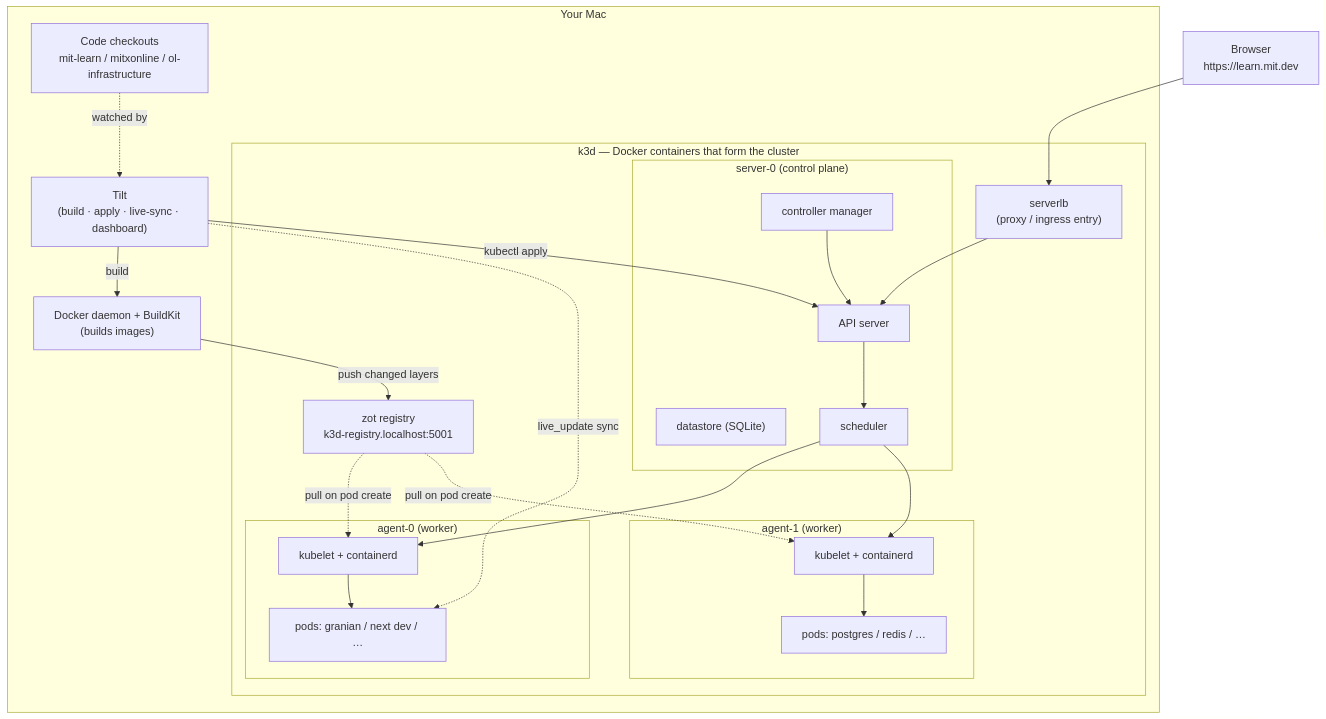
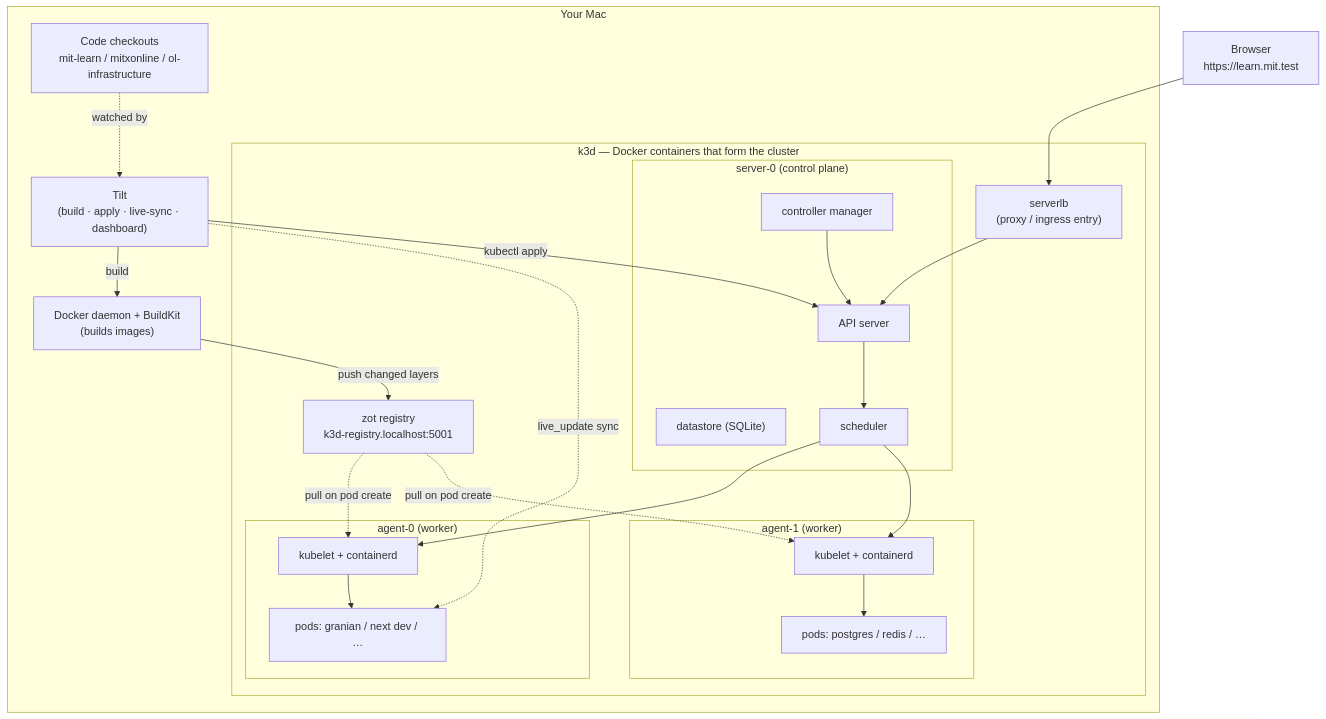
One commit to mitodl/ol-infrastructure changed the first of 3 diagrams in local-dev/ARCHITECTURE.md. Above: the diagram before and after it, drawn with Mermaid. The commit also changed other lines of this file and 39 other files, not shown here.

````diff
--- a/local-dev/ARCHITECTURE.md
+++ b/local-dev/ARCHITECTURE.md
@@ -103,40 +103,40 @@
 ```mermaid
 flowchart TB
     subgraph mac["Your Mac"]
         code["Code checkouts<br/>mit-learn / mitxonline / ol-infrastructure"]
         docker["Docker daemon + BuildKit<br/>(builds images)"]
         tilt["Tilt<br/>(build · apply · live-sync · dashboard)"]
 
         subgraph k3d["k3d — Docker containers that form the cluster"]
             reg["zot registry<br/>k3d-registry.localhost:5001"]
             lb["serverlb<br/>(proxy / ingress entry)"]
             subgraph cp["server-0  (control plane)"]
                 api["API server"]
                 store["datastore (SQLite)"]
                 sched["scheduler"]
                 ctrl["controller manager"]
             end
             subgraph w0["agent-0  (worker)"]
                 k0["kubelet + containerd"]
                 p0["pods: granian / next dev / …"]
             end
             subgraph w1["agent-1  (worker)"]
                 k1["kubelet + containerd"]
                 p1["pods: postgres / redis / …"]
             end
         end
     end
 
-    browser["Browser<br/>https://learn.mit.dev"] --> lb
+    browser["Browser<br/>https://learn.mit.test"] --> lb
     lb --> api
     tilt -->|kubectl apply| api
     tilt -->|build| docker
     docker -->|push changed layers| reg
     reg -.->|pull on pod create| k0 & k1
     tilt -.->|live_update sync| p0
     api --> sched --> k0 & k1
     ctrl --> api
     k0 --> p0
     k1 --> p1
     code -.->|watched by| tilt
 ```
````
